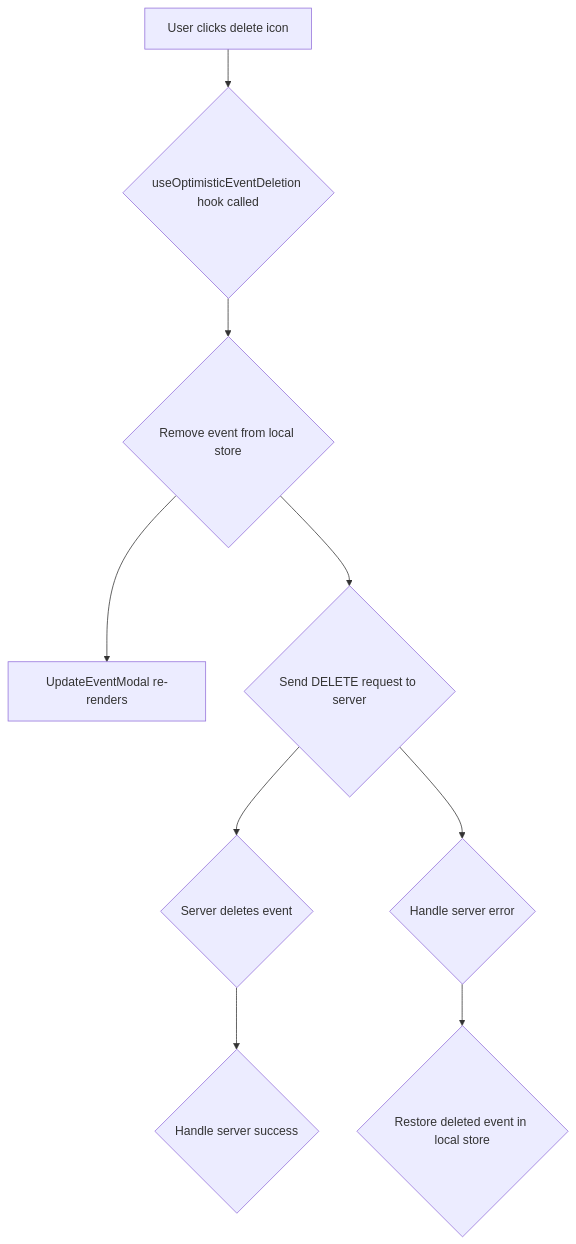
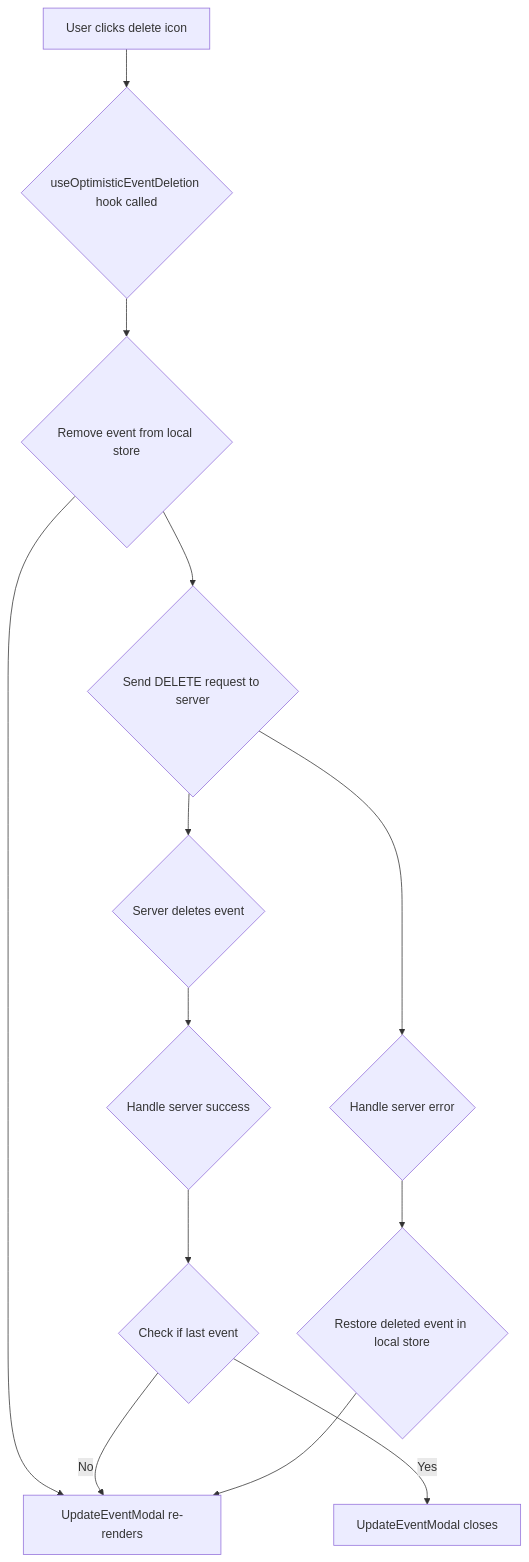
Before and after one commit to smoothdev35/print-calendar-2025: the third of 5 diagrams in README.md, drawn with Mermaid. The commit also changed other lines of this file and 7 other files, not shown here.

````diff
--- a/README.md
+++ b/README.md
@@ -175,11 +183,15 @@
 ```mermaid
 graph TD
     A[User clicks delete icon] --> B{useOptimisticEventDeletion hook called};
     B --> C{Remove event from local store};
     C --> D[UpdateEventModal re-renders];
     C --> E{Send DELETE request to server};
     E --> F{Server deletes event};
     F --> G{Handle server success};
-    E --> H{Handle server error};
-    H --> I{Restore deleted event in local store};
+    G --> H{Check if last event};
+    H -- Yes --> I[UpdateEventModal closes];
+    H -- No --> D;
+    E --> J{Handle server error};
+    J --> K{Restore deleted event in local store};
+    K --> D;
 ```
````
